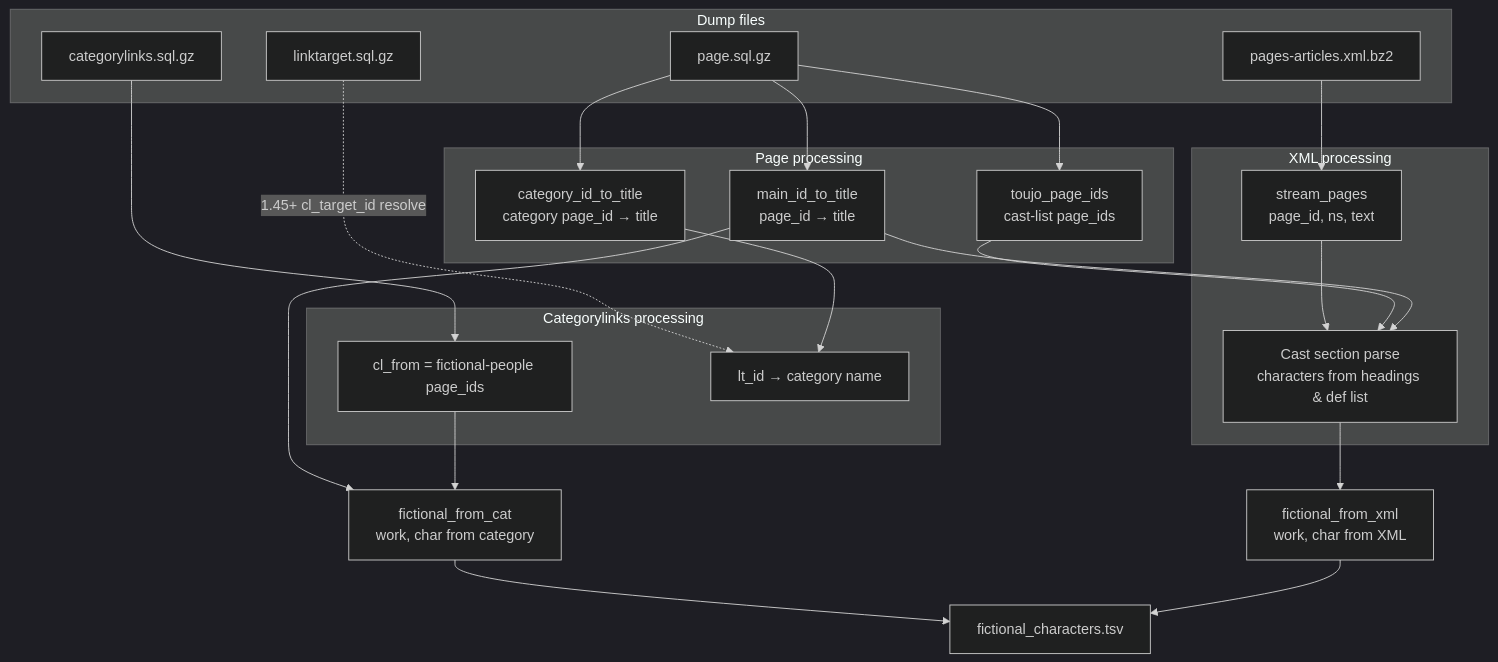
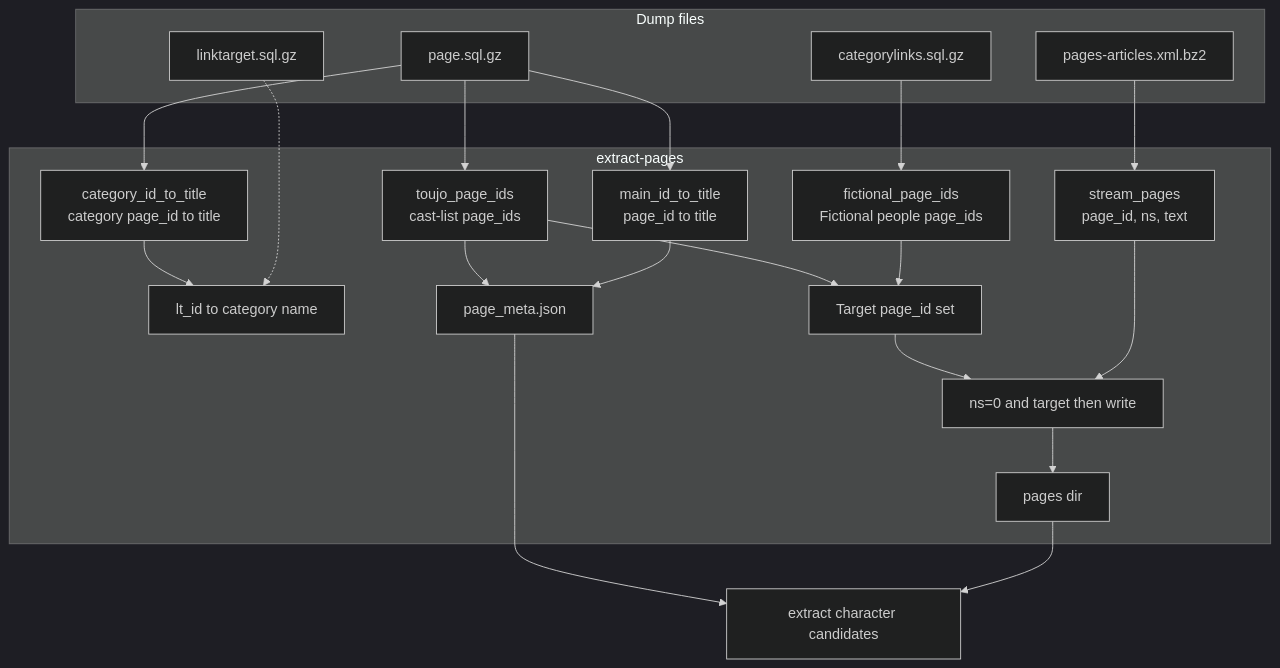
One commit to version0-1/wiki-extract changed the second of 4 diagrams in docs/DETAIL_en.md. Above: the diagram before and after it, drawn with Mermaid (dark theme). The commit also changed other lines of this file and 70 other files, not shown here.

````diff
--- a/docs/DETAIL_en.md
+++ b/docs/DETAIL_en.md
@@ -70,34 +101,29 @@
 ```mermaid
 flowchart TB
   subgraph Dumps["Dump files"]
     P[page.sql.gz]
     CL[categorylinks.sql.gz]
     LT[linktarget.sql.gz]
     XML[pages-articles.xml.bz2]
   end
 
-  subgraph PageProc["Page processing"]
-    P --> main_id["main_id_to_title<br/>page_id → title"]
-    P --> cat_id["category_id_to_title<br/>category page_id → title"]
+  subgraph ExtractPages["extract-pages"]
+    P --> main_id["main_id_to_title<br/>page_id to title"]
+    P --> cat_id["category_id_to_title<br/>category page_id to title"]
     P --> toujo["toujo_page_ids<br/>cast-list page_ids"]
+    CL --> fic_ids["fictional_page_ids<br/>Fictional people page_ids"]
+    LT -.-> cl_lt["lt_id to category name"]
+    cat_id --> cl_lt
+    main_id --> meta[page_meta.json]
+    toujo --> meta
+    fic_ids --> target["Target page_id set"]
+    toujo --> target
+    XML --> stream["stream_pages<br/>page_id, ns, text"]
+    stream --> filter[ns=0 and target then write]
+    target --> filter
+    filter --> pages[pages dir]
   end
 
-  subgraph CLProc["Categorylinks processing"]
-    CL --> cl_from["cl_from = fictional-people page_ids"]
-    LT -.->|1.45+ cl_target_id resolve| cl_lt["lt_id → category name"]
-    cat_id --> cl_lt
-  end
-
-  subgraph XMLProc["XML processing"]
-    XML --> stream["stream_pages<br/>page_id, ns, text"]
-    stream --> section["Cast section parse<br/>characters from headings & def list"]
-    toujo --> section
-    main_id --> section
-  end
-
-  main_id --> fic_cat["fictional_from_cat<br/>work, char from category"]
-  cl_from --> fic_cat
-  section --> fic_xml["fictional_from_xml<br/>work, char from XML"]
-  fic_cat --> out["fictional_characters.tsv"]
-  fic_xml --> out
+  pages --> nextstep["extract character candidates"]
+  meta --> nextstep
 ```
````
